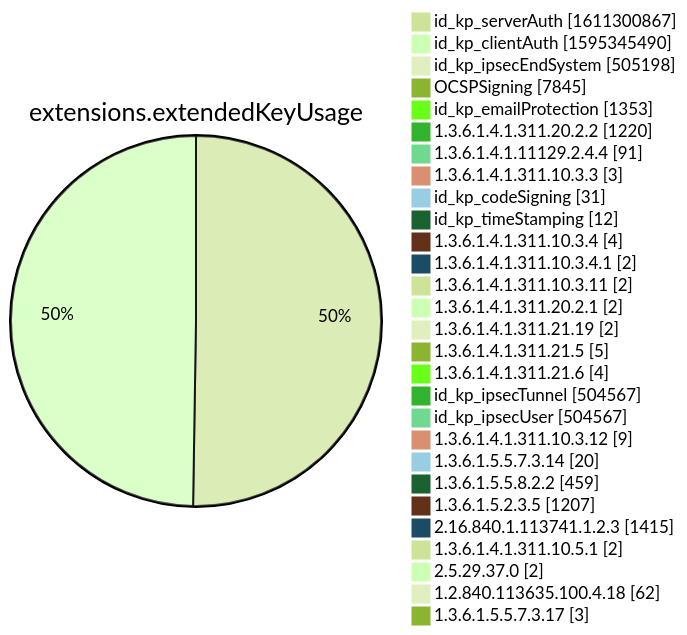
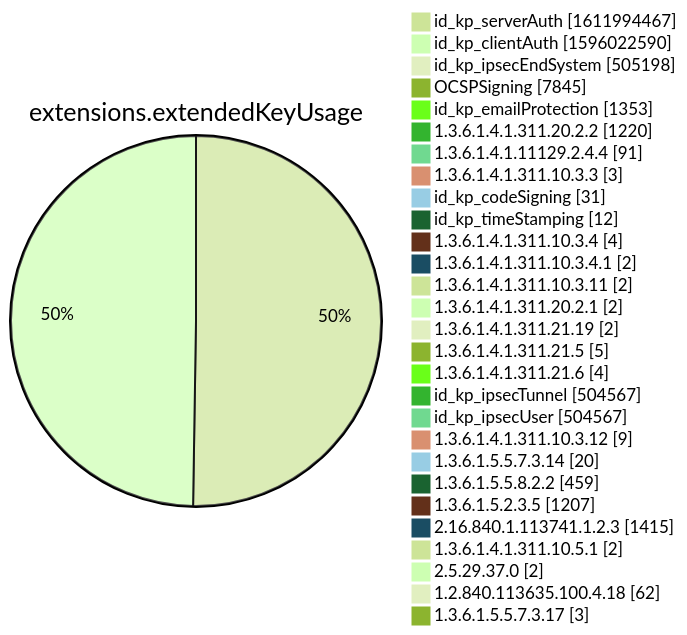
Diagram 12 of 15 in xenon2022/README.md (christiankrug/ctmonitor_visualization), drawn with Mermaid (forest theme) before and after one commit. The commit also changed other lines of this file, not shown here.

````diff
--- a/xenon2022/README.md
+++ b/xenon2022/README.md
@@ -3885,32 +3885,32 @@
 ```mermaid
 pie showData
 title extensions.extendedKeyUsage
-"id_kp_serverAuth" :1611300867
-"id_kp_clientAuth" :1595345490
+"id_kp_serverAuth" :1611994467
+"id_kp_clientAuth" :1596022590
 "id_kp_ipsecEndSystem" :505198
 "OCSPSigning" :7845
 "id_kp_emailProtection" :1353
 "1.3.6.1.4.1.311.20.2.2" :1220
 "1.3.6.1.4.1.11129.2.4.4" :91
 "1.3.6.1.4.1.311.10.3.3" :3
 "id_kp_codeSigning" :31
 "id_kp_timeStamping" :12
 "1.3.6.1.4.1.311.10.3.4" :4
 "1.3.6.1.4.1.311.10.3.4.1" :2
 "1.3.6.1.4.1.311.10.3.11" :2
 "1.3.6.1.4.1.311.20.2.1" :2
 "1.3.6.1.4.1.311.21.19" :2
 "1.3.6.1.4.1.311.21.5" :5
 "1.3.6.1.4.1.311.21.6" :4
 "id_kp_ipsecTunnel" :504567
 "id_kp_ipsecUser" :504567
 "1.3.6.1.4.1.311.10.3.12" :9
 "1.3.6.1.5.5.7.3.14" :20
 "1.3.6.1.5.5.8.2.2" :459
 "1.3.6.1.5.2.3.5" :1207
 "2.16.840.1.113741.1.2.3" :1415
 "1.3.6.1.4.1.311.10.5.1" :2
 "2.5.29.37.0" :2
 "1.2.840.113635.100.4.18" :62
 "1.3.6.1.5.5.7.3.17" :3
 ```
````
